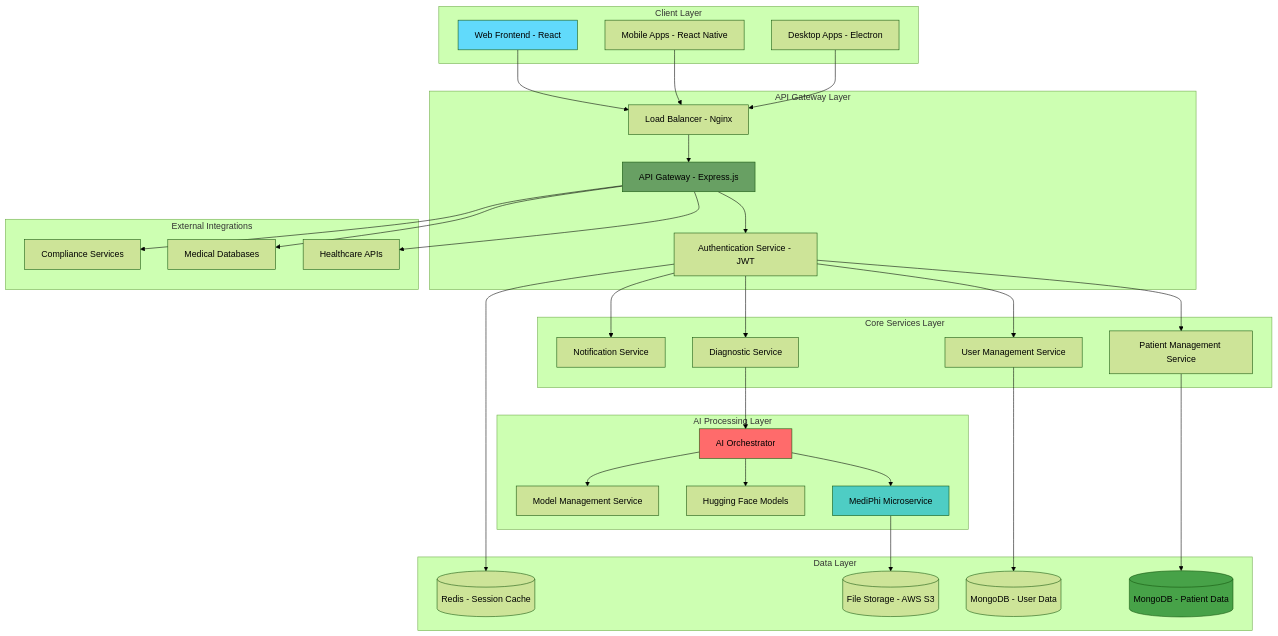
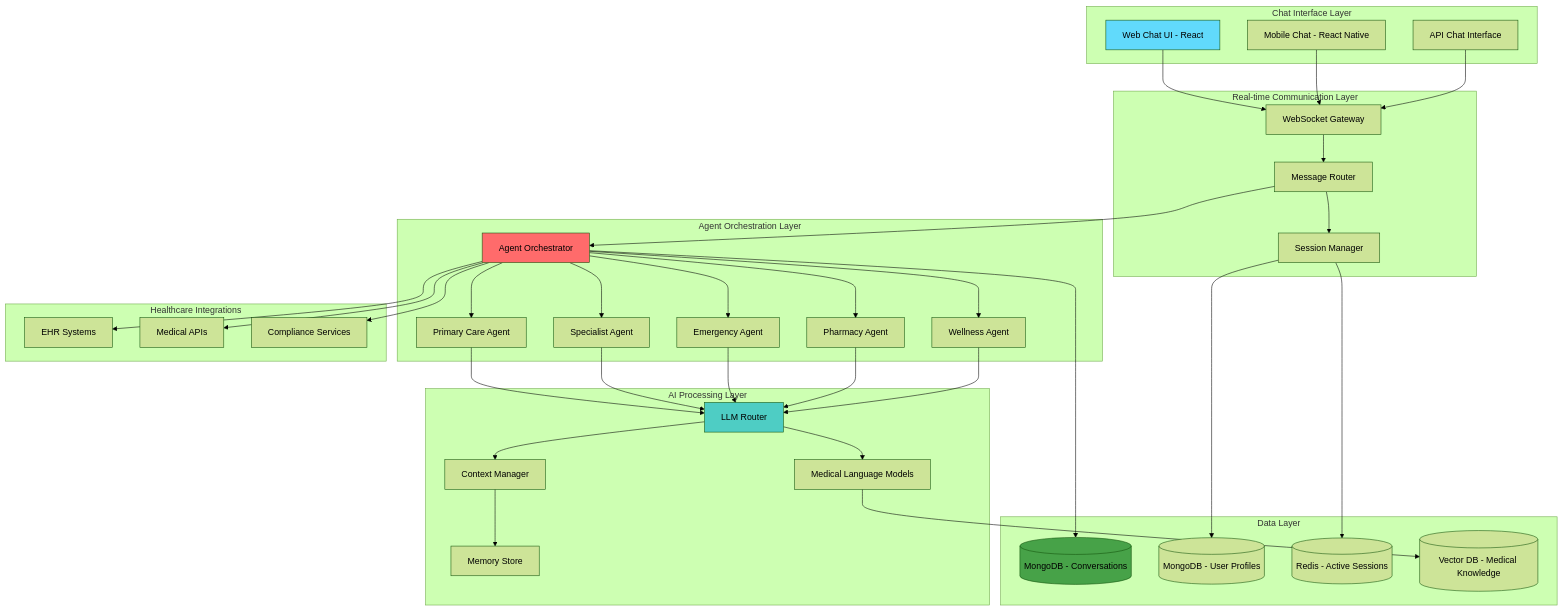
One commit to erangross27/IntelliCare-Platform changed the diagram in ARCHITECTURE.md. Above: the diagram before and after it, drawn with Mermaid (forest theme). The commit also changed other lines of this file and 6 other files, not shown here.

````diff
--- a/ARCHITECTURE.md
+++ b/ARCHITECTURE.md
@@ -17,68 +17,75 @@
 ```mermaid
 graph TB
-    subgraph "Client Layer"
-        A[Web Frontend - React]
-        B[Mobile Apps - React Native]
-        C[Desktop Apps - Electron]
+    subgraph "Chat Interface Layer"
+        A[Web Chat UI - React]
+        B[Mobile Chat - React Native]
+        C[API Chat Interface]
     end
     
-    subgraph "API Gateway Layer"
-        D[Load Balancer - Nginx]
-        E[API Gateway - Express.js]
-        F[Authentication Service - JWT]
+    subgraph "Real-time Communication Layer"
+        D[WebSocket Gateway]
+        E[Message Router]
+        F[Session Manager]
     end
     
-    subgraph "Core Services Layer"
-        G[Patient Management Service]
-        H[User Management Service]
-        I[Diagnostic Service]
-        J[Notification Service]
+    subgraph "Agent Orchestration Layer"
+        G[Agent Orchestrator]
+        H[Primary Care Agent]
+        I[Specialist Agent]
+        J[Emergency Agent]
+        K[Pharmacy Agent]
+        L[Wellness Agent]
     end
     
     subgraph "AI Processing Layer"
-        K[AI Orchestrator]
-        L[MediPhi Microservice]
-        M[Hugging Face Models]
-        N[Model Management Service]
+        M[LLM Router]
+        N[Medical Language Models]
+        O[Context Manager]
+        P[Memory Store]
     end
     
     subgraph "Data Layer"
-        O[(MongoDB - Patient Data)]
-        P[(MongoDB - User Data)]
-        Q[(Redis - Session Cache)]
-        R[(File Storage - AWS S3)]
+        Q[(MongoDB - Conversations)]
+        R[(MongoDB - User Profiles)]
+        S[(Redis - Active Sessions)]
+        T[(Vector DB - Medical Knowledge)]
     end
     
-    subgraph "External Integrations"
-        S[Healthcare APIs]
-        T[Medical Databases]
-        U[Compliance Services]
+    subgraph "Healthcare Integrations"
+        U[EHR Systems]
+        V[Medical APIs]
+        W[Compliance Services]
     end
     
     A --> D
     B --> D
     C --> D
     D --> E
     E --> F
-    F --> G
-    F --> H
-    F --> I
-    F --> J
-    I --> K
-    K --> L
+    E --> G
+    G --> H
+    G --> I
+    G --> J
+    G --> K
+    G --> L
+    H --> M
+    I --> M
+    J --> M
     K --> M
-    K --> N
-    G --> O
-    H --> P
-    F --> Q
-    L --> R
-    E --> S
-    E --> T
-    E --> U
+    L --> M
+    M --> N
+    M --> O
+    O --> P
+    G --> Q
+    F --> R
+    F --> S
+    N --> T
+    G --> U
+    G --> V
+    G --> W
     
     style A fill:#61DAFB
-    style E fill:#68A063
-    style K fill:#FF6B6B
-    style L fill:#4ECDC4
-    style O fill:#47A248
+    style G fill:#FF6B6B
+    style M fill:#4ECDC4
+    style Q fill:#47A248
 ```
````
